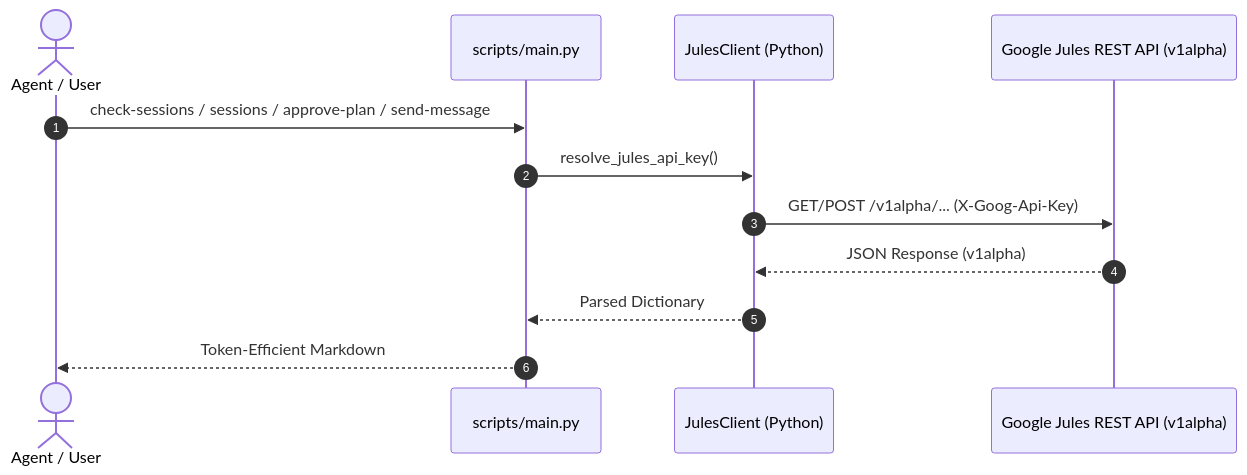
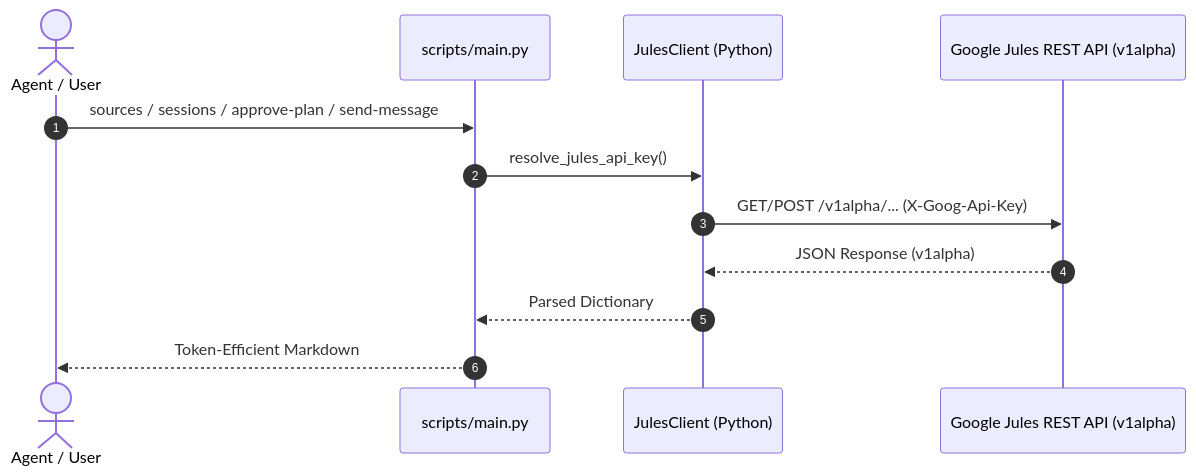
Before and after one commit to warpcode/dotfiles: the diagram in .github/skills/google-jules-api/SKILL.md, drawn with Mermaid. The commit also changed other lines of this file and 9 other files, not shown here.

First line of the commit message:
feat: enhance google-jules-api skill documentation and CLI with improved plan approval handling and new triage workflows

````diff
--- a/.github/skills/google-jules-api/SKILL.md
+++ b/.github/skills/google-jules-api/SKILL.md
@@ -23,15 +21,15 @@
 ```mermaid
 sequenceDiagram
     autonumber
     actor User as Agent / User
     participant CLI as scripts/main.py
     participant Client as JulesClient (Python)
     participant Jules as Google Jules REST API (v1alpha)
 
-    User->>CLI: check-sessions / sessions / approve-plan / send-message
+    User->>CLI: sources / sessions / approve-plan / send-message
     CLI->>Client: resolve_jules_api_key()
     Client->>Jules: GET/POST /v1alpha/... (X-Goog-Api-Key)
     Jules-->>Client: JSON Response (v1alpha)
     Client-->>CLI: Parsed Dictionary
     CLI-->>User: Token-Efficient Markdown
 ```
````
